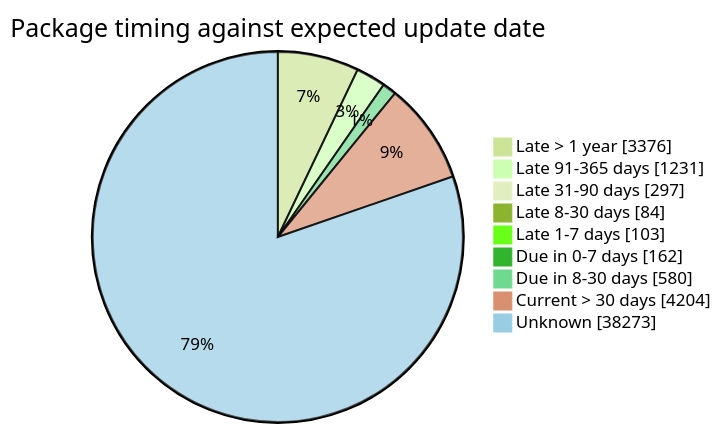
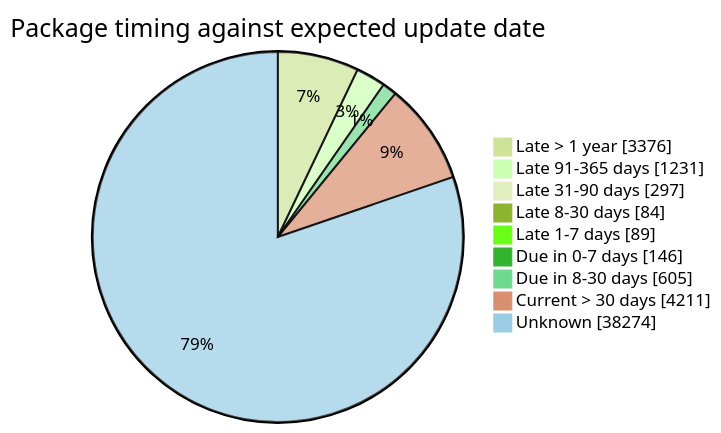
Before and after one commit to open-data/analytics-corporate-reporting: the fourth of 5 diagrams in FreshCheck/README.md, drawn with Mermaid (forest theme). The commit also changed other lines of this file and 3 other files, not shown here.

````diff
--- a/FreshCheck/README.md
+++ b/FreshCheck/README.md
@@ -86,12 +86,12 @@
 ```mermaid
 pie showData title Package timing against expected update date
     "Late > 1 year": 3376
     "Late 91-365 days": 1231
     "Late 31-90 days": 297
     "Late 8-30 days": 84
-    "Late 1-7 days": 103
-    "Due in 0-7 days": 162
-    "Due in 8-30 days": 580
-    "Current > 30 days": 4204
-    "Unknown": 38273
+    "Late 1-7 days": 89
+    "Due in 0-7 days": 146
+    "Due in 8-30 days": 605
+    "Current > 30 days": 4211
+    "Unknown": 38274
 ```
````
